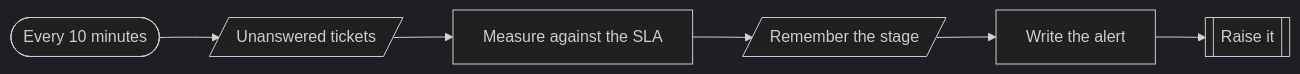
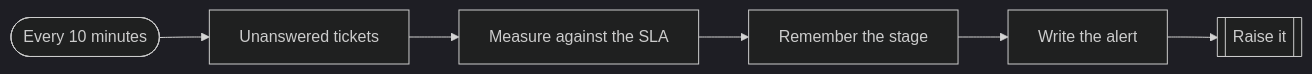
The first of 2 diagrams in workflows/support/README.md (kimjoshuadr/n8n-workflows), drawn with Mermaid (dark theme) before and after one commit. The commit also changed other lines of this file and 184 other files, not shown here.

Commit message:
Finish the move to named platforms: blocks, BambooHR, generated README, schema and platform marks

````diff
--- a/workflows/support/README.md
+++ b/workflows/support/README.md
@@ -17,14 +15,14 @@
 ```mermaid
 flowchart LR
   n1jrt6ay(["Every 10 minutes"])
-  njq7ijo[/"Unanswered tickets"/]
+  njq7ijo["Unanswered tickets"]
   n1cbs8tt["Measure against the SLA"]
-  n1hcaqlf[/"Remember the stage"/]
+  n1hcaqlf["Remember the stage"]
   nq77zl1["Write the alert"]
   n6wxc06[["Raise it"]]
   n1jrt6ay --> njq7ijo
   njq7ijo --> n1cbs8tt
   n1cbs8tt --> n1hcaqlf
   n1hcaqlf --> nq77zl1
   nq77zl1 --> n6wxc06
 ```
````
